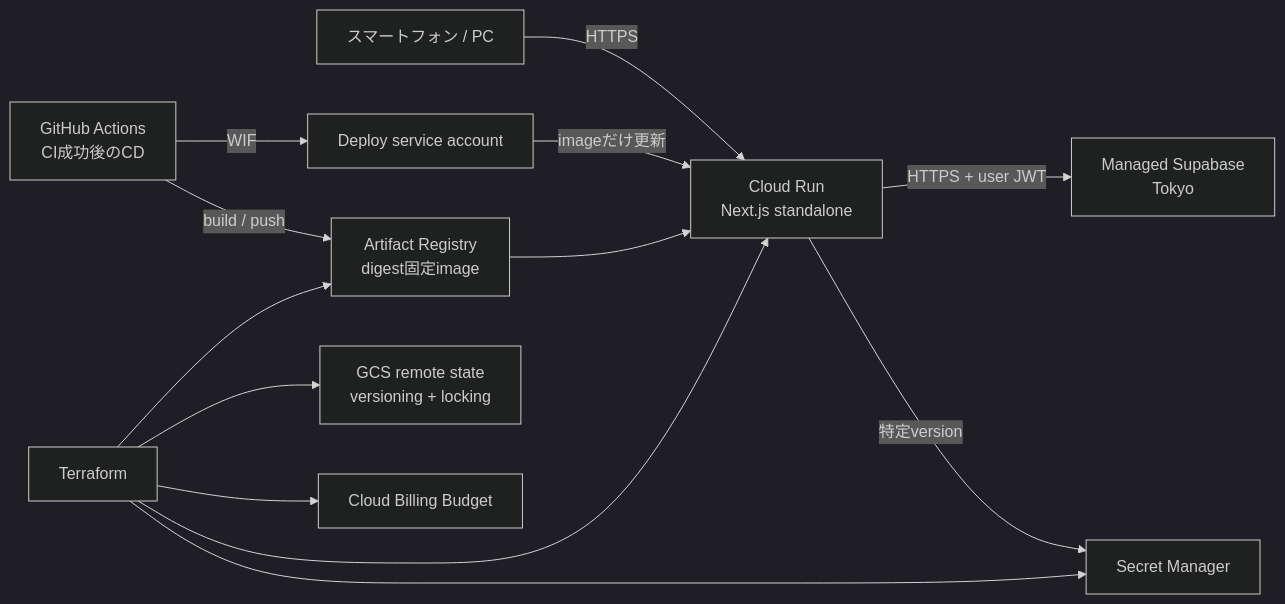
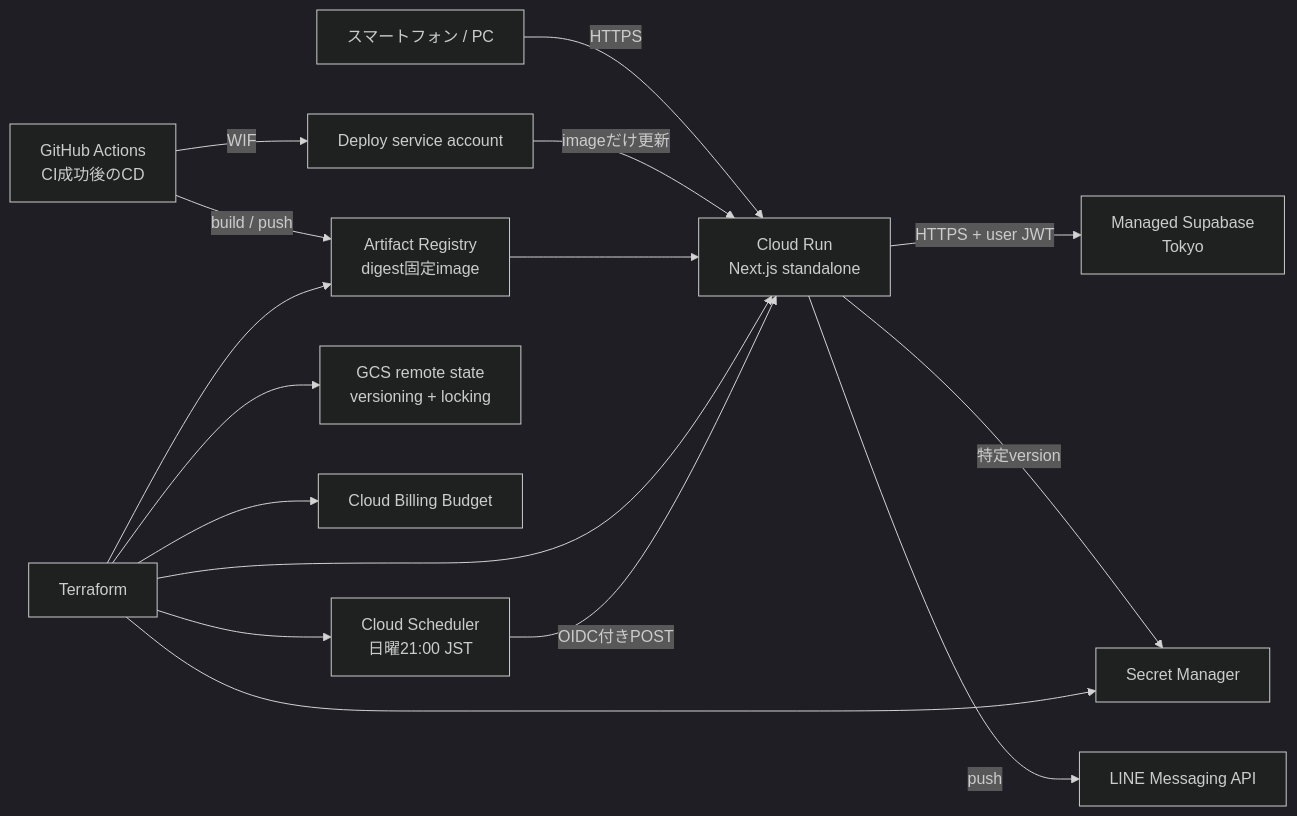
Before and after one commit to ttttai/account-book: the diagram in specs/11-production-infrastructure.md, drawn with Mermaid (dark theme). The commit also changed other lines of this file and 12 other files, not shown here.

````diff
--- a/specs/11-production-infrastructure.md
+++ b/specs/11-production-infrastructure.md
@@ -38,15 +44,18 @@
 ```mermaid
 flowchart LR
     U[スマートフォン / PC] -->|HTTPS| CR[Cloud Run<br/>Next.js standalone]
     CR -->|HTTPS + user JWT| SB[Managed Supabase<br/>Tokyo]
     CR -->|特定version| SM[Secret Manager]
     GH[GitHub Actions<br/>CI成功後のCD] -->|WIF| DEPLOY[Deploy service account]
     GH -->|build / push| AR[Artifact Registry<br/>digest固定image]
     DEPLOY -->|imageだけ更新| CR
     AR --> CR
     TF[Terraform] --> GCS[GCS remote state<br/>versioning + locking]
     TF --> AR
     TF --> SM
     TF --> CR
     TF --> BUDGET[Cloud Billing Budget]
+    TF --> SCH[Cloud Scheduler<br/>日曜21:00 JST]
+    SCH -->|OIDC付きPOST| CR
+    CR -->|push| LINE[LINE Messaging API]
 ```
````
